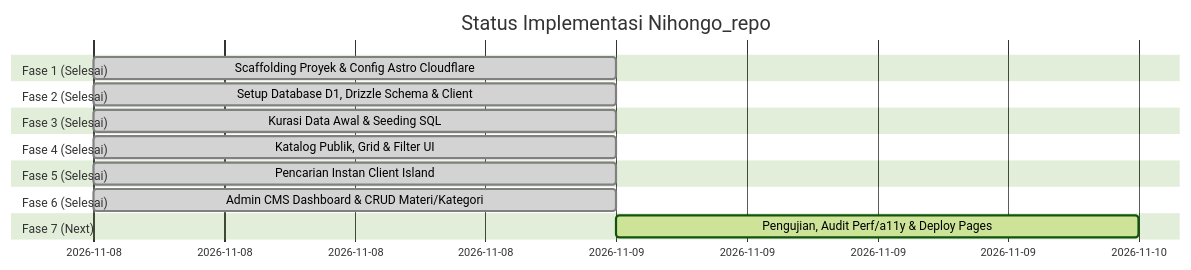
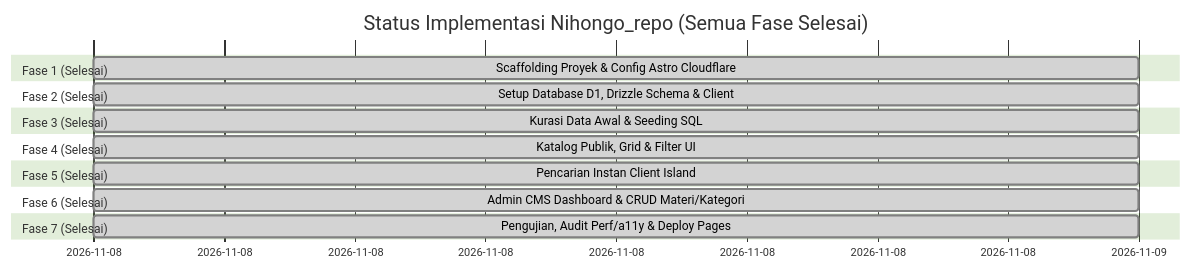
Before and after one commit to cirilalacture/Nihongo-Repo: the diagram in doc/IMPLEMENTATION_PLAN.md, drawn with Mermaid (forest theme). The commit also changed other lines of this file and 2 other files, not shown here.

````diff
--- a/doc/IMPLEMENTATION_PLAN.md
+++ b/doc/IMPLEMENTATION_PLAN.md
@@ -18,19 +18,19 @@
 ```mermaid
 gantt
-    title Status Implementasi Nihongo_repo
+    title Status Implementasi Nihongo_repo (Semua Fase Selesai)
     dateFormat  YYYY-MM-DD
     section Fase 1 (Selesai)
     Scaffolding Proyek & Config Astro Cloudflare :done, f1, 2026-11-08, 1d
     section Fase 2 (Selesai)
     Setup Database D1, Drizzle Schema & Client   :done, f2, 2026-11-08, 1d
     section Fase 3 (Selesai)
     Kurasi Data Awal & Seeding SQL                :done, f3, 2026-11-08, 1d
     section Fase 4 (Selesai)
     Katalog Publik, Grid & Filter UI             :done, f4, 2026-11-08, 1d
     section Fase 5 (Selesai)
     Pencarian Instan Client Island               :done, f5, 2026-11-08, 1d
     section Fase 6 (Selesai)
     Admin CMS Dashboard & CRUD Materi/Kategori   :done, f6, 2026-11-08, 1d
-    section Fase 7 (Next)
-    Pengujian, Audit Perf/a11y & Deploy Pages    :active, f7, 2026-11-09, 1d
+    section Fase 7 (Selesai)
+    Pengujian, Audit Perf/a11y & Deploy Pages    :done, f7, 2026-11-08, 1d
 ```
````
